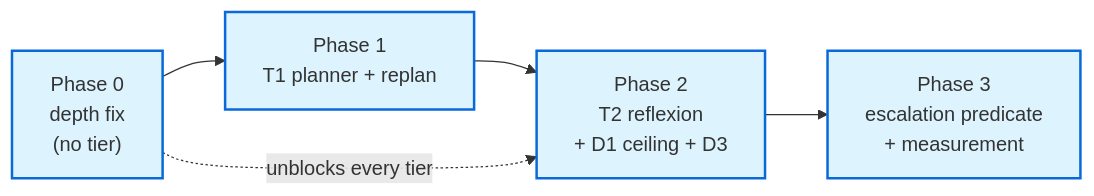
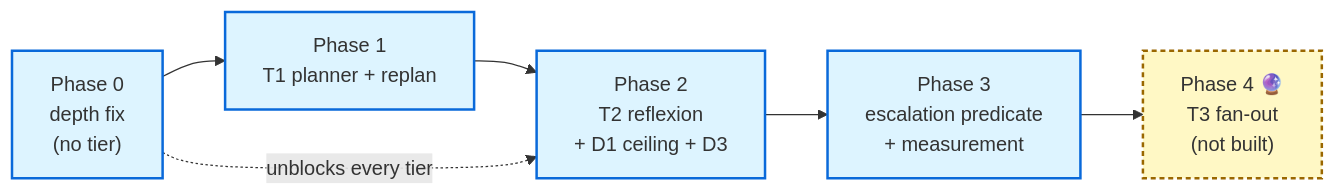
Before and after one commit to rajnishkhatri/AgentsFramework: the diagram in docs/plans/planning_pipeline_tiered_loops.impl.md, drawn with Mermaid. The commit also changed other lines of this file and 16 other files, not shown here.

First line of the commit message:
feat(planning): un-defer T3 fan-out design, harden stress trace scoring

````diff
--- a/docs/plans/planning_pipeline_tiered_loops.impl.md
+++ b/docs/plans/planning_pipeline_tiered_loops.impl.md
@@ -609,9 +747,12 @@
 ```mermaid
 flowchart LR
     P0["Phase 0<br/>depth fix<br/>(no tier)"] --> P1["Phase 1<br/>T1 planner + replan"]
     P1 --> P2["Phase 2<br/>T2 reflexion<br/>+ D1 ceiling + D3"]
     P2 --> P3["Phase 3<br/>escalation predicate<br/>+ measurement"]
+    P3 --> P4["Phase 4 🔮<br/>T3 fan-out<br/>(not built)"]
     P0 -. "unblocks every tier" .-> P2
     classDef p fill:#ddf4ff,stroke:#0969da,stroke-width:2px
+    classDef planned fill:#fff8c5,stroke:#9a6700,stroke-width:2px,stroke-dasharray:4 3
     class P0,P1,P2,P3 p
+    class P4 planned
 ```
````
